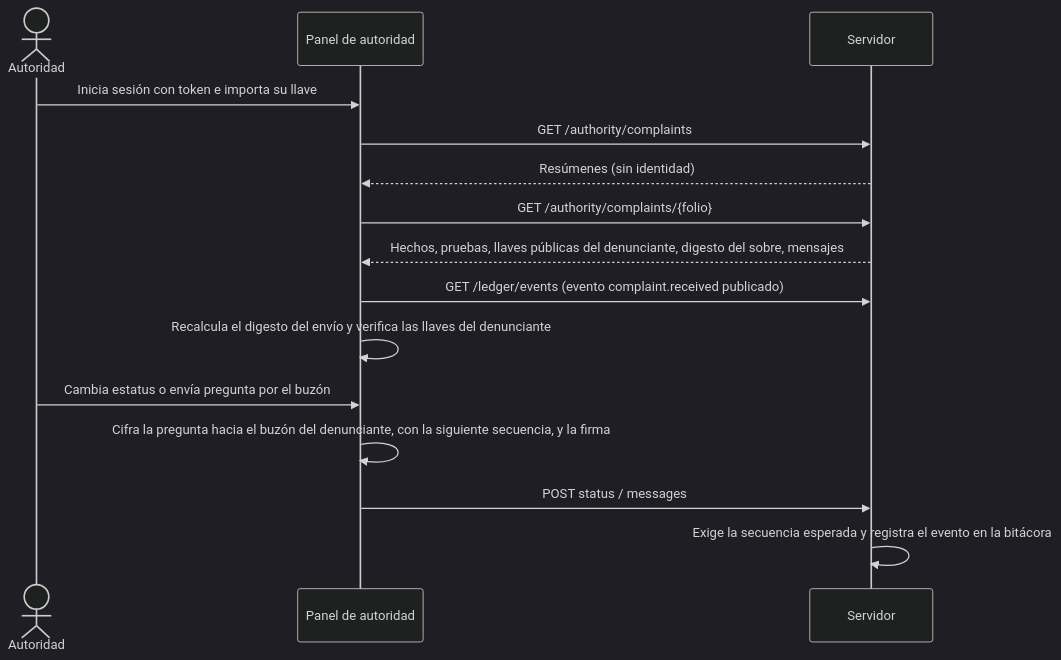
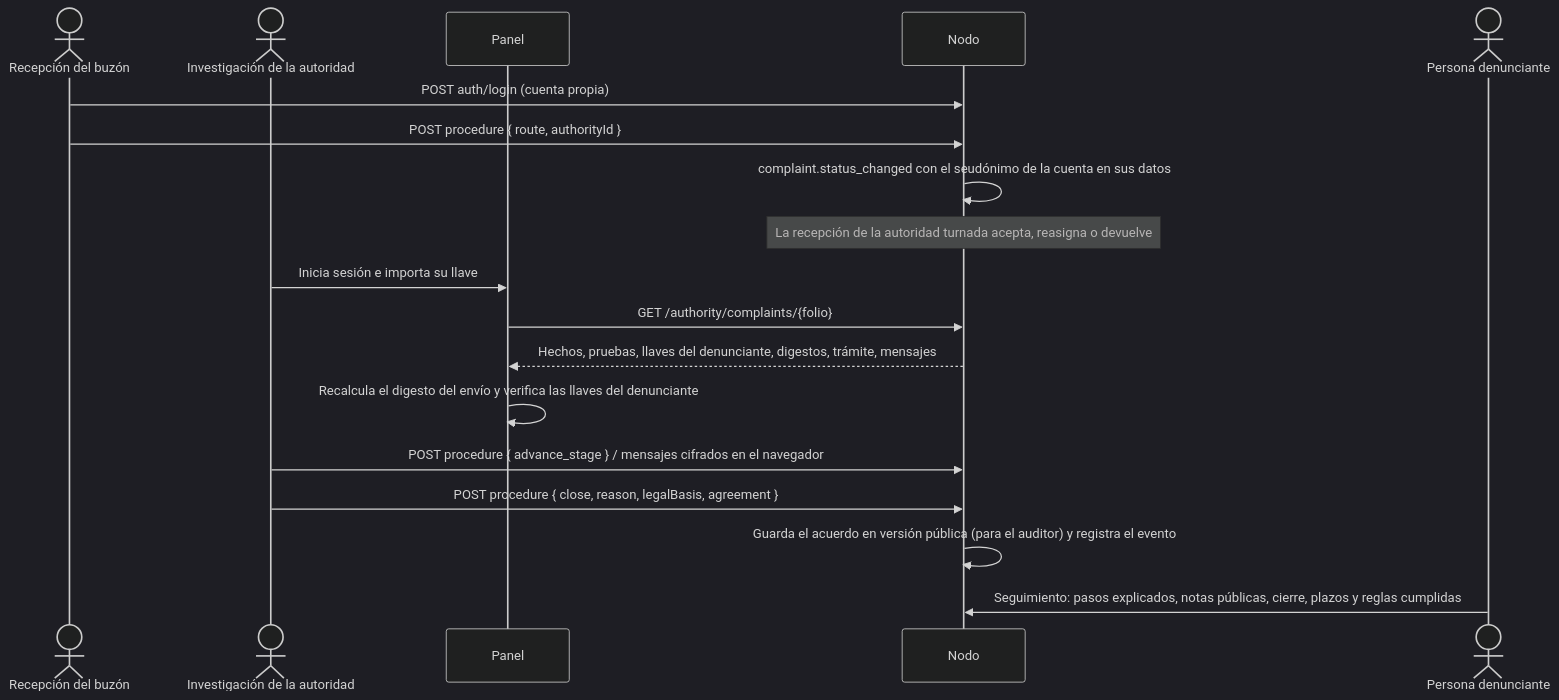
Before and after one commit to GuilleOp/sigilo-s5: the third of 6 diagrams in docs/arquitectura.md, drawn with Mermaid (dark theme). The commit also changed other lines of this file and 653 other files, not shown here.

````diff
--- a/docs/arquitectura.md
+++ b/docs/arquitectura.md
@@ -93,17 +109,20 @@
 ```mermaid
 sequenceDiagram
-  actor A as Autoridad
-  participant P as Panel de autoridad
-  participant S as Servidor
-  A->>P: Inicia sesión con token e importa su llave
-  P->>S: GET /authority/complaints
-  S-->>P: Resúmenes (sin identidad)
+  actor R as Recepción del buzón
+  actor I as Investigación de la autoridad
+  participant P as Panel
+  participant S as Nodo
+  actor D as Persona denunciante
+  R->>S: POST auth/login (cuenta propia)
+  R->>S: POST procedure { route, authorityId }
+  S->>S: complaint.status_changed con el seudónimo de la cuenta en sus datos
+  Note over S: La recepción de la autoridad turnada acepta, reasigna o devuelve
+  I->>P: Inicia sesión e importa su llave
   P->>S: GET /authority/complaints/{folio}
-  S-->>P: Hechos, pruebas, llaves públicas del denunciante, digesto del sobre, mensajes
-  P->>S: GET /ledger/events (evento complaint.received publicado)
+  S-->>P: Hechos, pruebas, llaves del denunciante, digestos, trámite, mensajes
   P->>P: Recalcula el digesto del envío y verifica las llaves del denunciante
-  A->>P: Cambia estatus o envía pregunta por el buzón
-  P->>P: Cifra la pregunta hacia el buzón del denunciante, con la siguiente secuencia, y la firma
-  P->>S: POST status / messages
-  S->>S: Exige la secuencia esperada y registra el evento en la bitácora
+  I->>S: POST procedure { advance_stage } / mensajes cifrados en el navegador
+  I->>S: POST procedure { close, reason, legalBasis, agreement }
+  S->>S: Guarda el acuerdo en versión pública (para el auditor) y registra el evento
+  D->>S: Seguimiento: pasos explicados, notas públicas, cierre, plazos y reglas cumplidas
 ```
````
